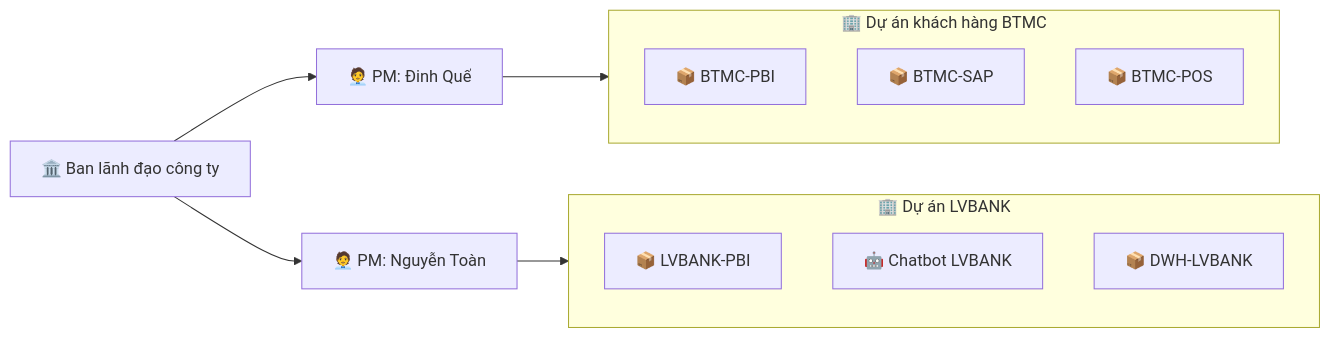
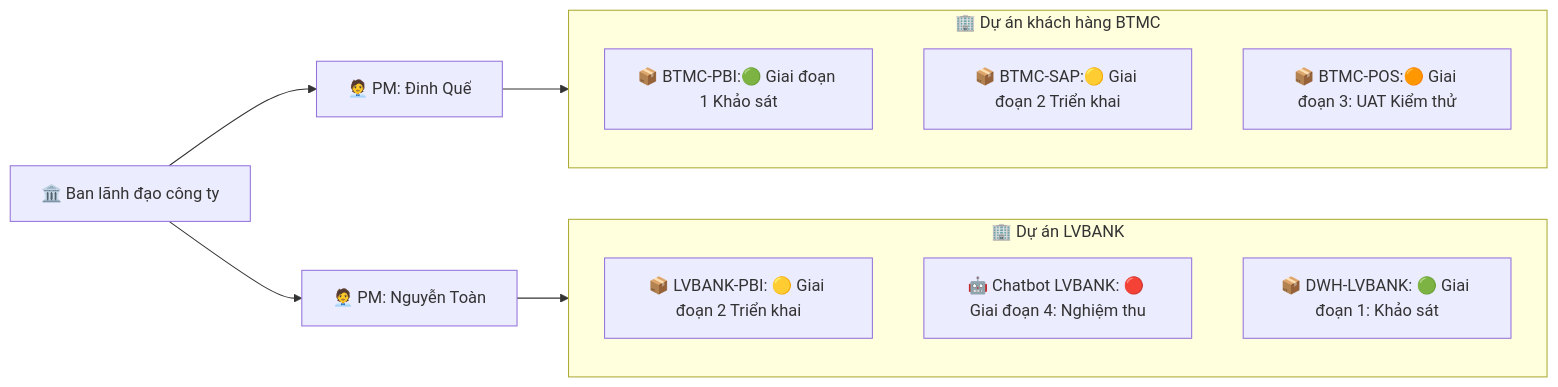
The first of 4 diagrams in Biên bản họp/Năm 2025/Tháng 4/BB họp tuần 16.md (hoanglong8/FoxAI-Cong-viec-chung), drawn with Mermaid before and after one commit.

Commit message:
Update BB họp tuần 16.md

````diff
--- a/Biên bản họp/Năm 2025/Tháng 4/BB họp tuần 16.md
+++ b/Biên bản họp/Năm 2025/Tháng 4/BB họp tuần 16.md
@@ -37,33 +37,33 @@
 ```mermaid
 graph LR;
 
   %% Ban lãnh đạo cấp cao
   Boss["🏛️ Ban lãnh đạo công ty"]
 
   %% PM quản lý
   PM_BTMC["🧑‍💼 PM: Đinh Quế"]
   PM_LVBANK["🧑‍💼 PM: Nguyễn Toàn"]
 
   %% Mối quan hệ quản lý
   Boss --> PM_BTMC
   Boss --> PM_LVBANK
 
   %% Dự án BTMC
   subgraph BTMC["🏢 Dự án khách hàng BTMC"]
     direction TB
-    BTMC_SP1["📦 BTMC-PBI"]
-    BTMC_SP2["📦 BTMC-SAP"]
-    BTMC_SP3["📦 BTMC-POS"]
+    BTMC_SP1["📦 BTMC-PBI:🟢 Giai đoạn 1 Khảo sát"]
+    BTMC_SP2["📦 BTMC-SAP:🟡 Giai đoạn 2 Triển khai"]
+    BTMC_SP3["📦 BTMC-POS:🟠 Giai đoạn 3: UAT Kiểm thử"]
   end
   PM_BTMC --> BTMC
 
   %% Dự án LVBANK
   subgraph LVBANK["🏢 Dự án LVBANK"]
     direction TB
-    LVBANK_SP1["📦 LVBANK-PBI"]
-    LVBANK_SP2["🤖 Chatbot LVBANK"]
-    LVBANK_SP3["📦 DWH-LVBANK"]
+    LVBANK_SP1["📦 LVBANK-PBI: 🟡 Giai đoạn 2 Triển khai"]
+    LVBANK_SP2["🤖 Chatbot LVBANK: 🔴 Giai đoạn 4: Nghiệm thu"]
+    LVBANK_SP3["📦 DWH-LVBANK: 🟢 Giai đoạn 1: Khảo sát"]
   end
   PM_LVBANK --> LVBANK
 
 ```
````
